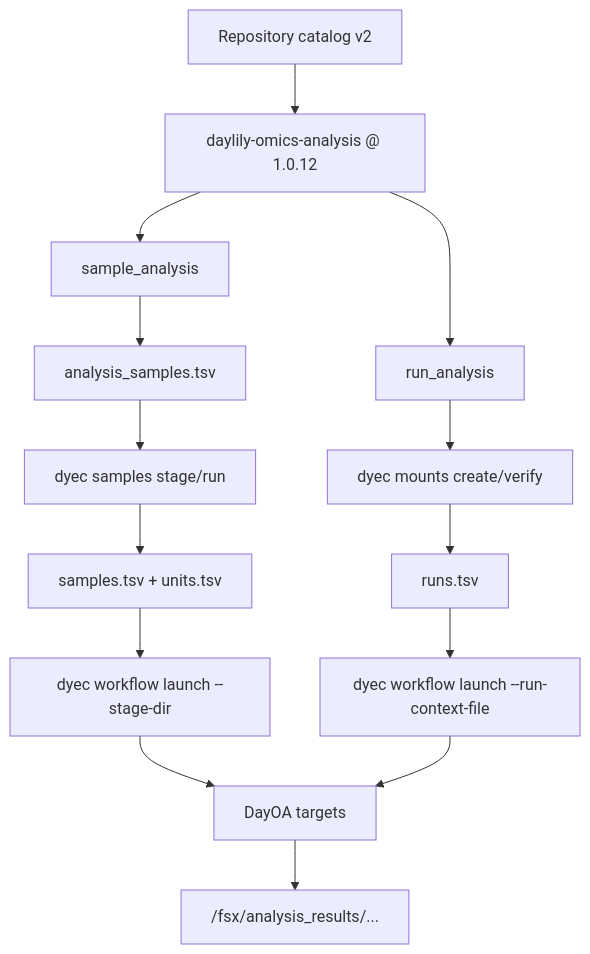
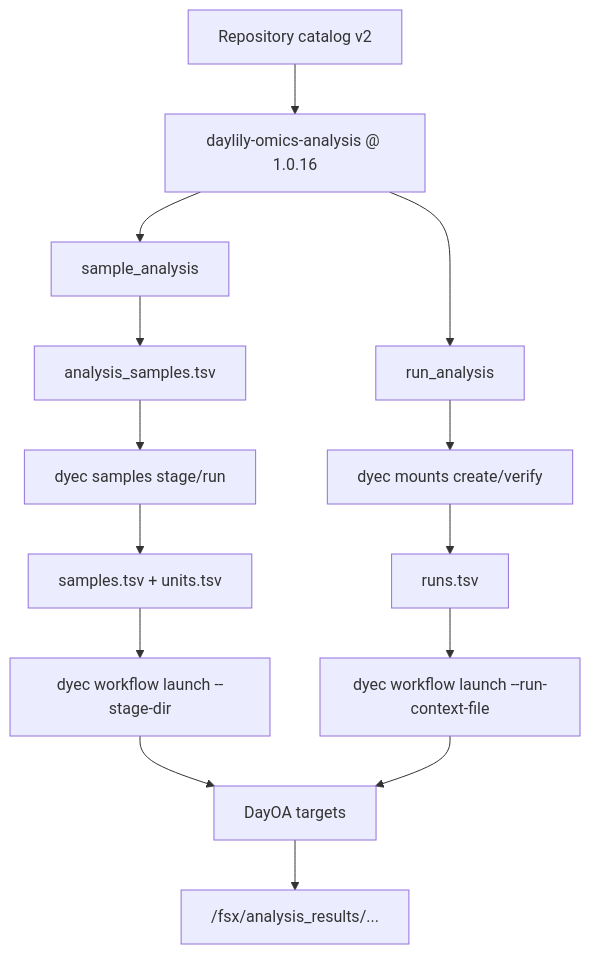
The third of 3 diagrams in docs/dra_fsx_strategy.md (Daylily-Informatics/daylily-ephemeral-cluster), drawn with Mermaid before and after one commit. The commit also changed other lines of this file and 17 other files, not shown here.

````diff
--- a/docs/dra_fsx_strategy.md
+++ b/docs/dra_fsx_strategy.md
@@ -79,19 +79,19 @@
 ```mermaid
 flowchart TB
-  Catalog["Repository catalog v2"] --> Repo["daylily-omics-analysis @ 1.0.12"]
+  Catalog["Repository catalog v2"] --> Repo["daylily-omics-analysis @ 1.0.16"]
   Repo --> Sample["sample_analysis"]
   Repo --> Run["run_analysis"]
 
   Sample --> Manifest["analysis_samples.tsv"]
   Manifest --> Stage["dyec samples stage/run"]
   Stage --> TSV["samples.tsv + units.tsv"]
   TSV --> LaunchA["dyec workflow launch --stage-dir"]
 
   Run --> Mount["dyec mounts create/verify"]
   Mount --> Runs["runs.tsv"]
   Runs --> LaunchB["dyec workflow launch --run-context-file"]
 
   LaunchA --> DayOA["DayOA targets"]
   LaunchB --> DayOA
   DayOA --> Results["/fsx/analysis_results/..."]
 ```
````
